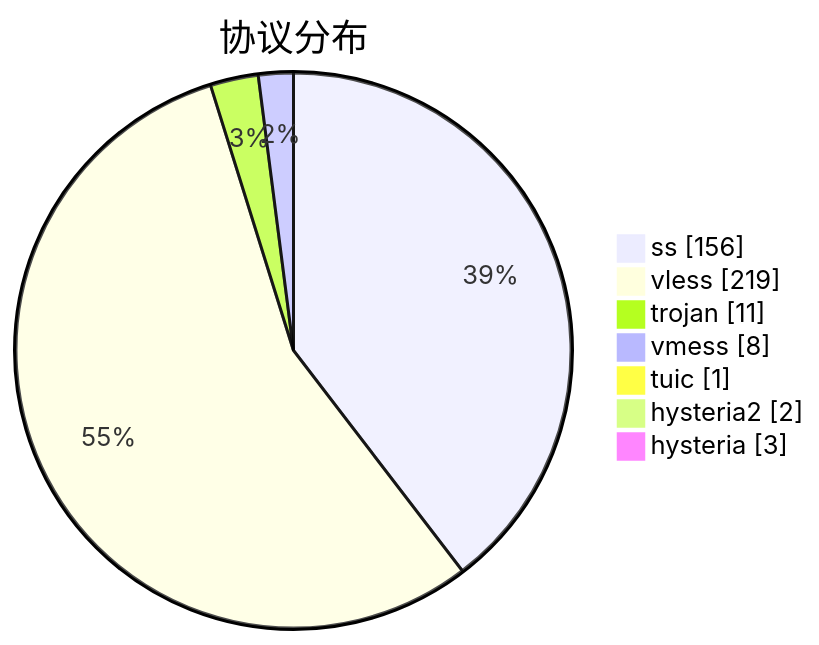
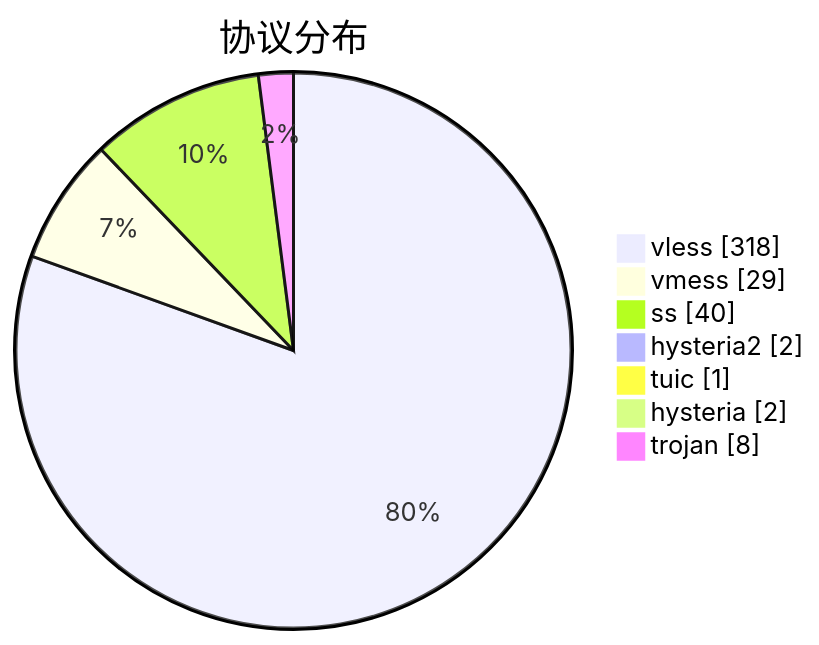
Before and after one commit to qjlxg/airport: the third of 3 diagrams in subs/statistics/tested_within.md, drawn with Mermaid. The commit also changed other lines of this file and 2 other files, not shown here.

````diff
--- a/subs/statistics/tested_within.md
+++ b/subs/statistics/tested_within.md
@@ -38,11 +37,11 @@
 ```mermaid
 pie showData
 title 协议分布
-"ss" : 156
-"vless" : 219
-"trojan" : 11
-"vmess" : 8
+"vless" : 318
+"vmess" : 29
+"ss" : 40
+"hysteria2" : 2
 "tuic" : 1
-"hysteria2" : 2
-"hysteria" : 3
+"hysteria" : 2
+"trojan" : 8
 ```
````
